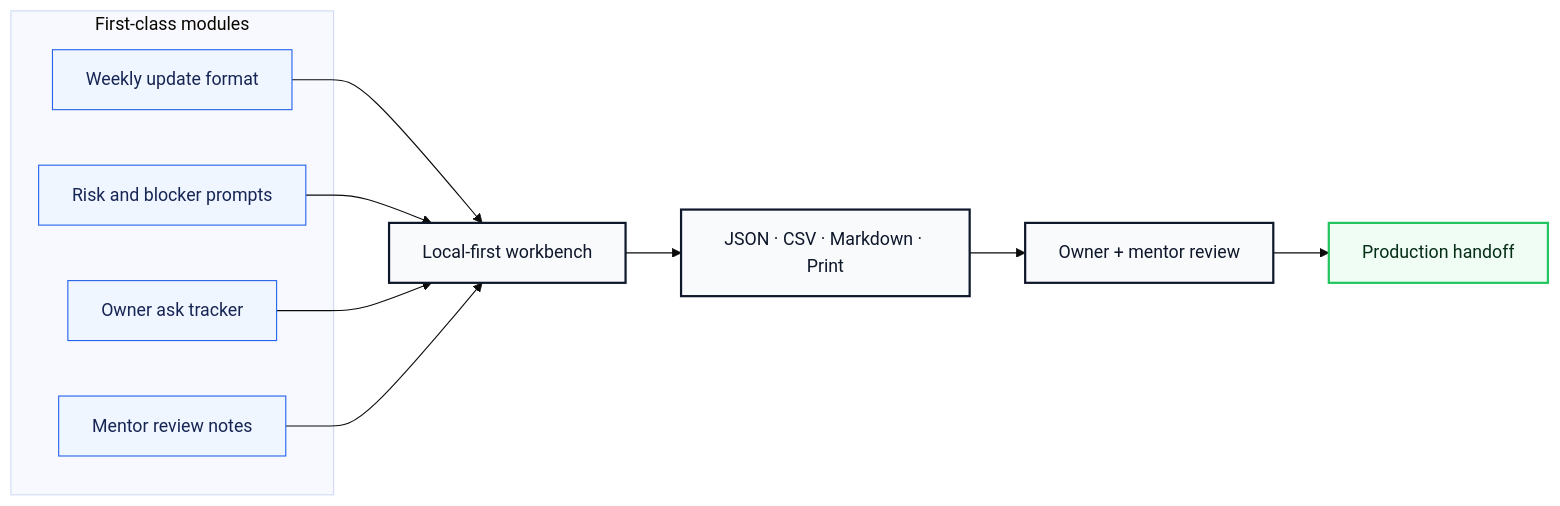
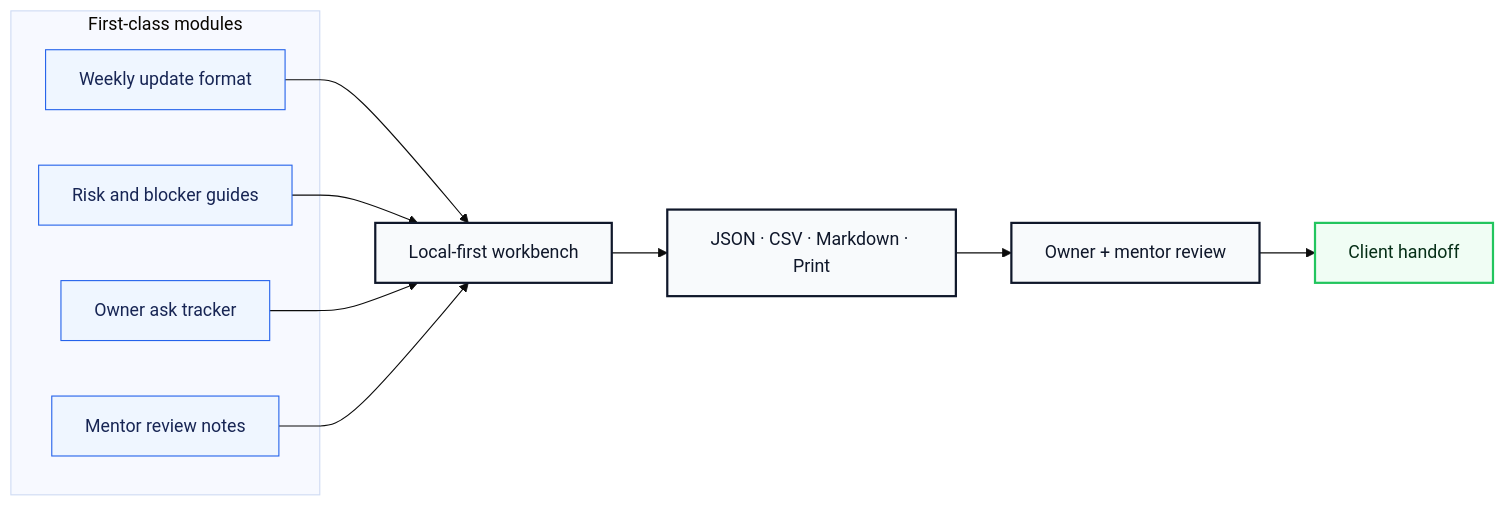
One commit to volta-npo/client-update-bot-template changed the second of 3 diagrams in README.md. Above: the diagram before and after it, drawn with Mermaid (base theme). The commit also changed other lines of this file and 28 other files, not shown here.

````diff
--- a/README.md
+++ b/README.md
@@ -64,23 +64,23 @@
 ```mermaid
 flowchart LR
     subgraph Modules["First-class modules"]
         M1["Weekly update format"]
-        M2["Risk and blocker prompts"]
+        M2["Risk and blocker guides"]
         M3["Owner ask tracker"]
         M4["Mentor review notes"]
     end
     M1 --> Workbench
     M2 --> Workbench
     M3 --> Workbench
     M4 --> Workbench
     Workbench["Local-first workbench"] --> Exports["JSON · CSV · Markdown · Print"]
     Exports --> Review["Owner + mentor review"]
-    Review --> Launch["Production handoff"]
+    Review --> Launch["Client handoff"]
 
     classDef module fill:#eff6ff,stroke:#2563eb,color:#172554;
     classDef app fill:#f8fafc,stroke:#0f172a,color:#0f172a,stroke-width:2px;
     classDef launch fill:#f0fdf4,stroke:#22c55e,color:#052e16,stroke-width:2px;
     class M1,M2,M3,M4 module;
     class Workbench,Exports,Review app;
     class Launch launch;
 ```
````
